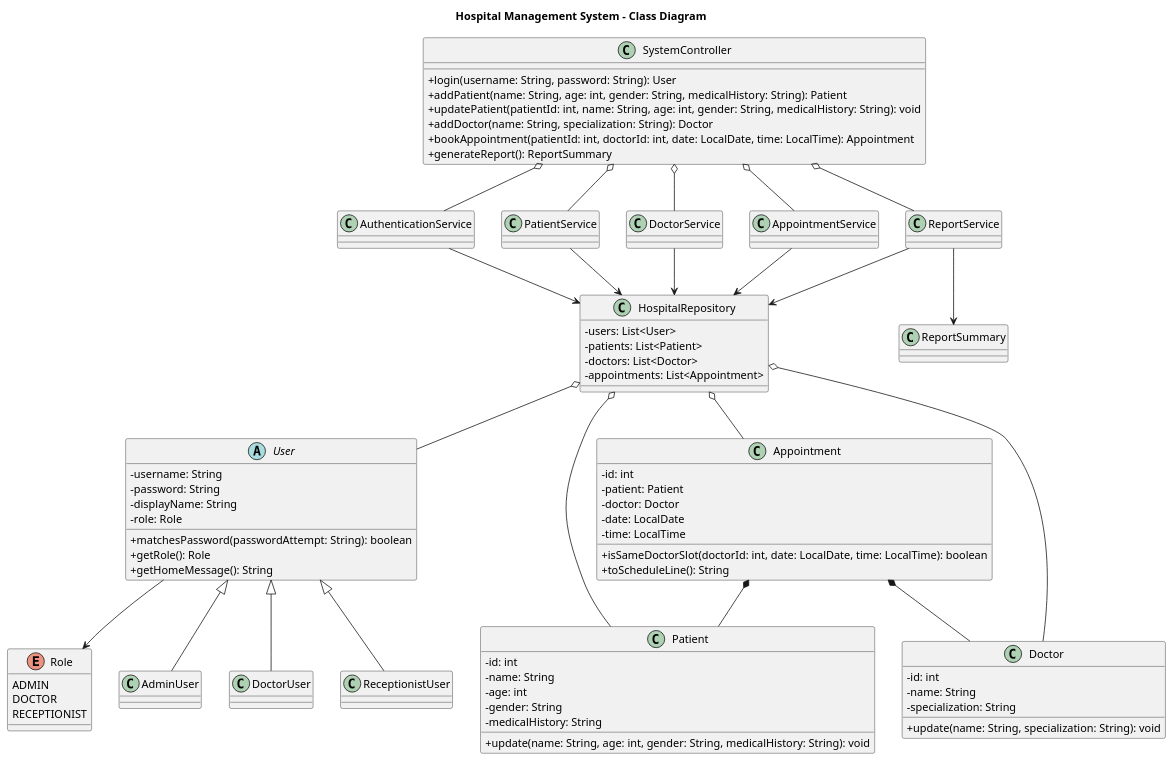
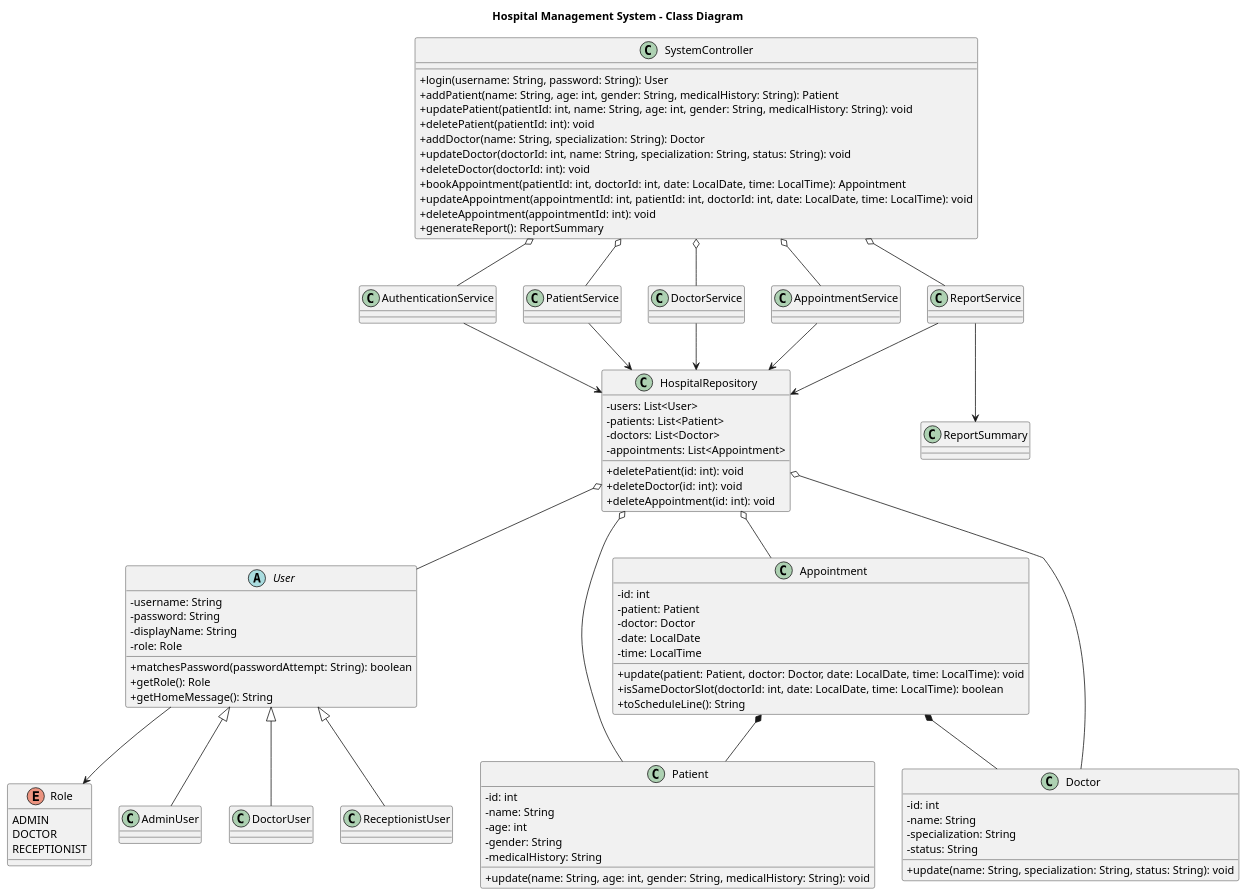
The diagram in Lab Exercise/uml/class-diagram.puml (wingkit123/ooad), drawn with PlantUML before and after one commit. The commit also changed 10 other files, not shown here.

```diff
--- a/Lab Exercise/uml/class-diagram.puml
+++ b/Lab Exercise/uml/class-diagram.puml
@@ -1,95 +1,105 @@
 @startuml
 skinparam classAttributeIconSize 0
 title Hospital Management System - Class Diagram
 
 enum Role {
   ADMIN
   DOCTOR
   RECEPTIONIST
 }
 
 abstract class User {
   - username: String
   - password: String
   - displayName: String
   - role: Role
   + matchesPassword(passwordAttempt: String): boolean
   + getRole(): Role
   + getHomeMessage(): String
 }
 
 class AdminUser
 class DoctorUser
 class ReceptionistUser
 
 class Patient {
   - id: int
   - name: String
   - age: int
   - gender: String
   - medicalHistory: String
   + update(name: String, age: int, gender: String, medicalHistory: String): void
 }
 
 class Doctor {
   - id: int
   - name: String
   - specialization: String
-  + update(name: String, specialization: String): void
+  - status: String
+  + update(name: String, specialization: String, status: String): void
 }
 
 class Appointment {
   - id: int
   - patient: Patient
   - doctor: Doctor
   - date: LocalDate
   - time: LocalTime
+  + update(patient: Patient, doctor: Doctor, date: LocalDate, time: LocalTime): void
   + isSameDoctorSlot(doctorId: int, date: LocalDate, time: LocalTime): boolean
   + toScheduleLine(): String
 }
 
 class SystemController {
   + login(username: String, password: String): User
   + addPatient(name: String, age: int, gender: String, medicalHistory: String): Patient
   + updatePatient(patientId: int, name: String, age: int, gender: String, medicalHistory: String): void
+  + deletePatient(patientId: int): void
   + addDoctor(name: String, specialization: String): Doctor
+  + updateDoctor(doctorId: int, name: String, specialization: String, status: String): void
+  + deleteDoctor(doctorId: int): void
   + bookAppointment(patientId: int, doctorId: int, date: LocalDate, time: LocalTime): Appointment
+  + updateAppointment(appointmentId: int, patientId: int, doctorId: int, date: LocalDate, time: LocalTime): void
+  + deleteAppointment(appointmentId: int): void
   + generateReport(): ReportSummary
 }
 
 class HospitalRepository {
   - users: List<User>
   - patients: List<Patient>
   - doctors: List<Doctor>
   - appointments: List<Appointment>
+  + deletePatient(id: int): void
+  + deleteDoctor(id: int): void
+  + deleteAppointment(id: int): void
 }
 
 class AuthenticationService
 class PatientService
 class DoctorService
 class AppointmentService
 class ReportService
 class ReportSummary
 
 User <|-- AdminUser
 User <|-- DoctorUser
 User <|-- ReceptionistUser
 User --> Role
 Appointment *-- Patient
 Appointment *-- Doctor
 SystemController o-- AuthenticationService
 SystemController o-- PatientService
 SystemController o-- DoctorService
 SystemController o-- AppointmentService
 SystemController o-- ReportService
 AuthenticationService --> HospitalRepository
 PatientService --> HospitalRepository
 DoctorService --> HospitalRepository
 AppointmentService --> HospitalRepository
 ReportService --> HospitalRepository
 HospitalRepository o-- User
 HospitalRepository o-- Patient
 HospitalRepository o-- Doctor
 HospitalRepository o-- Appointment
 ReportService --> ReportSummary
 @enduml
```
